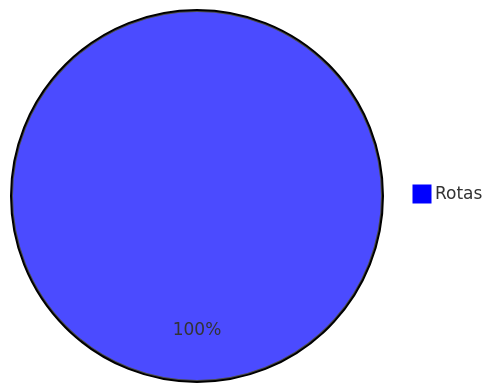
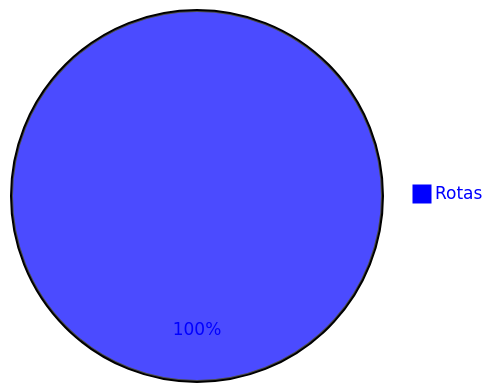
One commit to desenvolvimento03onnet/onnet-comissao-api changed the first of 2 diagrams in README.md. Above: the diagram before and after it, drawn with Mermaid.

Commit message:
Nono Commit, Alterações README

````diff
--- a/README.md
+++ b/README.md
@@ -51,5 +51,13 @@
 ```mermaid
-    %%{init: {'theme': 'base', 'themeVariables': { 'pie1': '#0000FF', 'text': '#0000FF'}}}%%
+    %%{
+      init: {
+        'theme': 'base',
+        'themeVariables': {
+          'pie1': '#0000FF',
+          'primaryTextColor': '#0000FF'
+        }
+      }
+    }%%
     pie
     "Rotas" : 100
 ```
````
